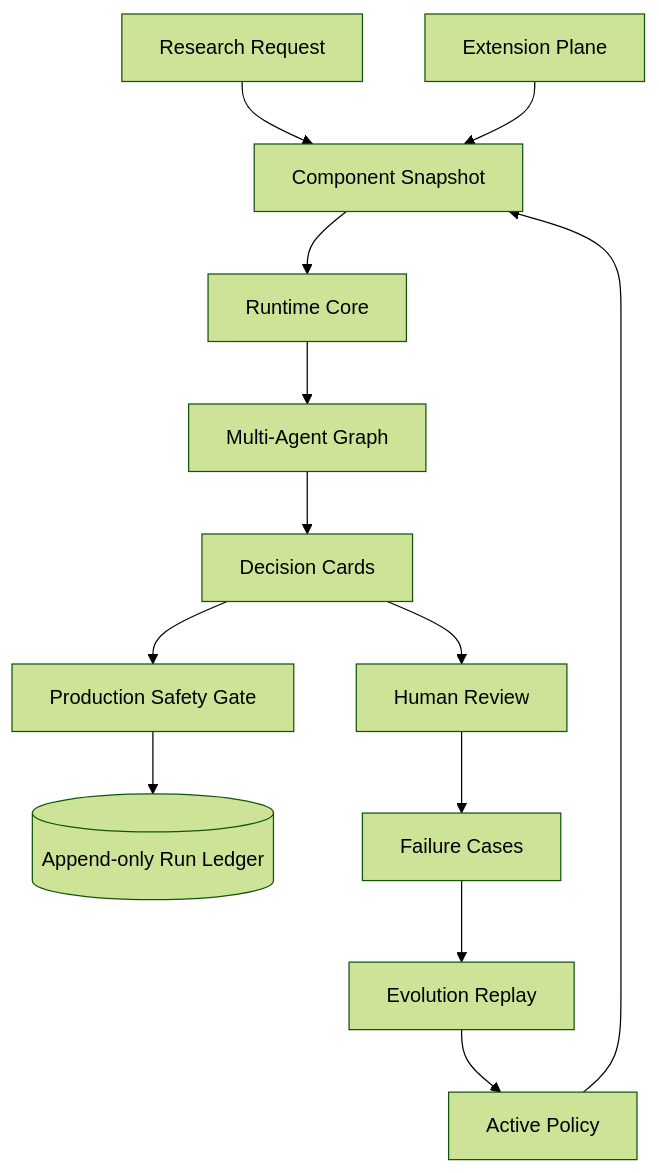
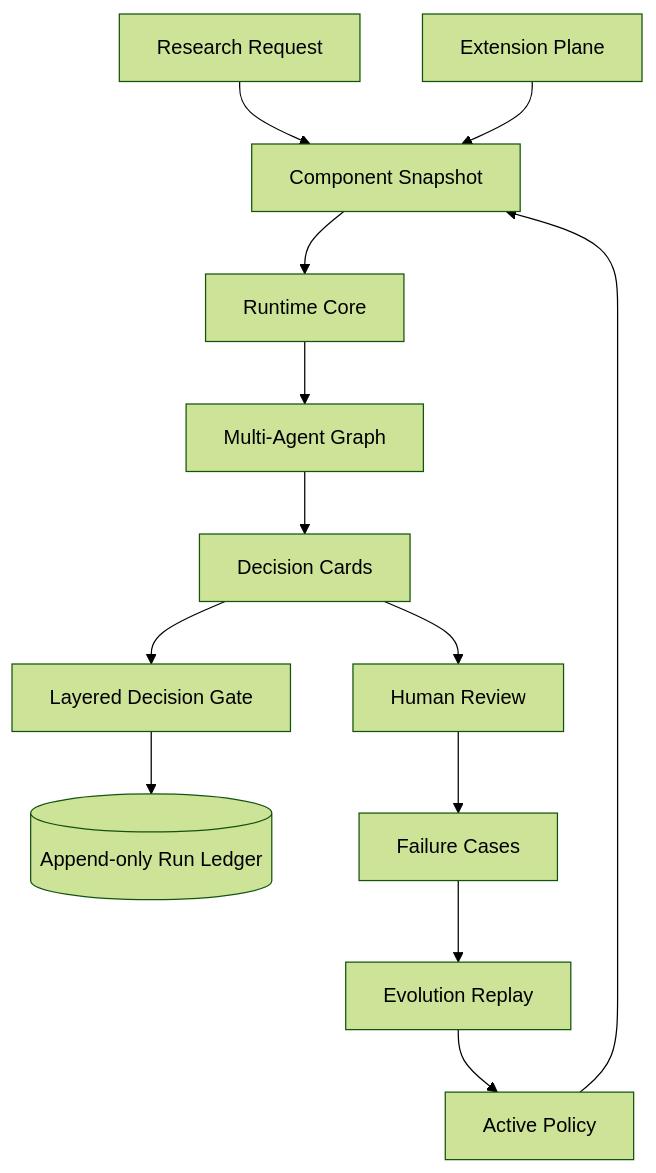
The first of 2 diagrams in docs/Harness与自进化_v3.md (royd132/xianjiluopan), drawn with Mermaid (forest theme) before and after one commit. The commit also changed other lines of this file and 17 other files, not shown here.

````diff
--- a/docs/Harness与自进化_v3.md
+++ b/docs/Harness与自进化_v3.md
@@ -17,15 +17,15 @@
 ```mermaid
 flowchart TB
     REQ[Research Request] --> SNAP[Component Snapshot]
     SNAP --> CORE[Runtime Core]
     CORE --> GRAPH[Multi-Agent Graph]
     EXT[Extension Plane] --> SNAP
     POLICY[Active Policy] --> SNAP
     GRAPH --> CARDS[Decision Cards]
-    CARDS --> GATE[Production Safety Gate]
+    CARDS --> GATE[Layered Decision Gate]
     GATE --> LEDGER[(Append-only Run Ledger)]
     CARDS --> HITL[Human Review]
     HITL --> FAIL[Failure Cases]
     FAIL --> EVO[Evolution Replay]
     EVO --> POLICY
 ```
````
